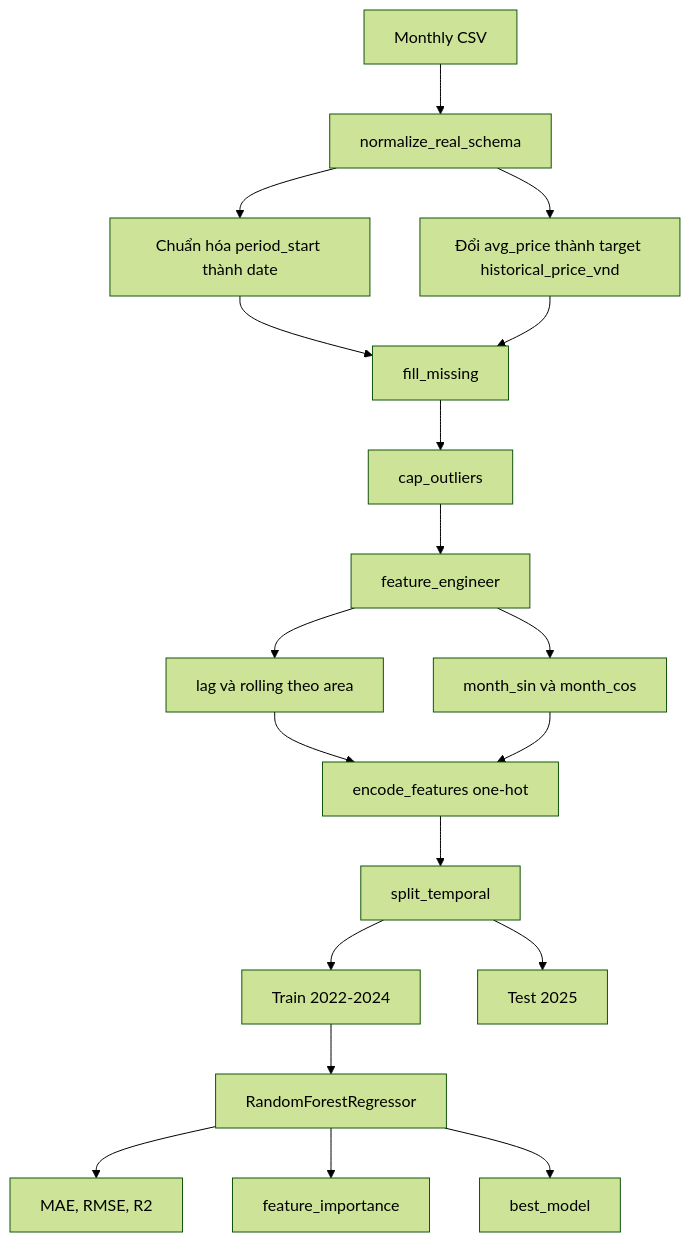
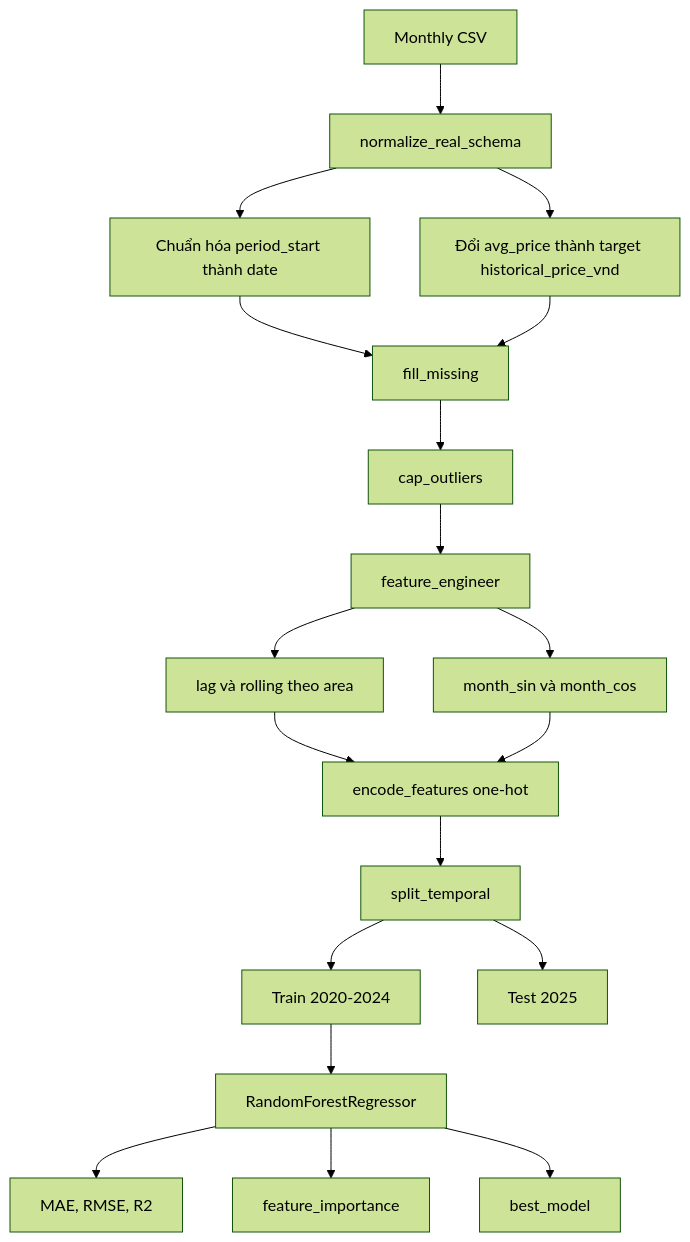
Before and after one commit to uit-25730067-chithanh/AI002-Team22-DT10: the fifth of 8 diagrams in docs/project-roadmap.md, drawn with Mermaid (forest theme). The commit also changed other lines of this file and 129 other files, not shown here.

````diff
--- a/docs/project-roadmap.md
+++ b/docs/project-roadmap.md
@@ -148,21 +148,21 @@
 ```mermaid
 flowchart TD
     A[Monthly CSV] --> B[normalize_real_schema]
     B --> C[Chuẩn hóa period_start thành date]
     B --> D[Đổi avg_price thành target historical_price_vnd]
     C --> E[fill_missing]
     D --> E
     E --> F[cap_outliers]
     F --> G[feature_engineer]
     G --> H[lag và rolling theo area]
     G --> I[month_sin và month_cos]
     H --> J[encode_features one-hot]
     I --> J
     J --> K[split_temporal]
-    K --> L[Train 2022-2024]
+    K --> L[Train 2020-2024]
     K --> M[Test 2025]
     L --> N[RandomForestRegressor]
     N --> O[MAE, RMSE, R2]
     N --> P[feature_importance]
     N --> Q[best_model]
 ```
````
